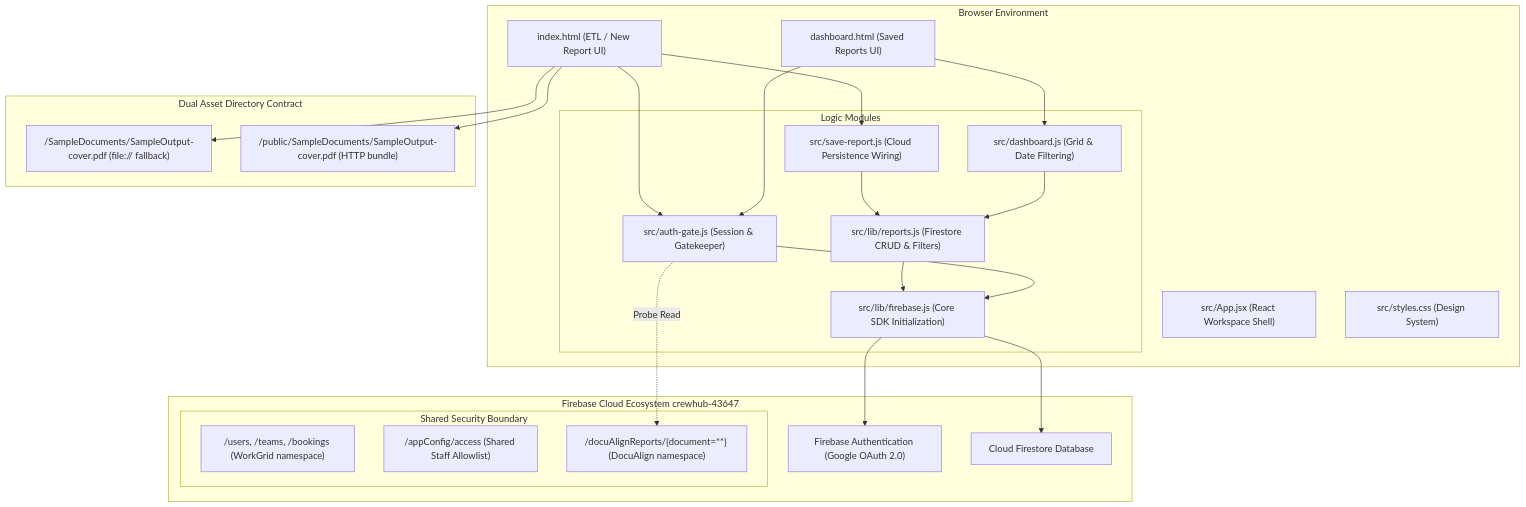
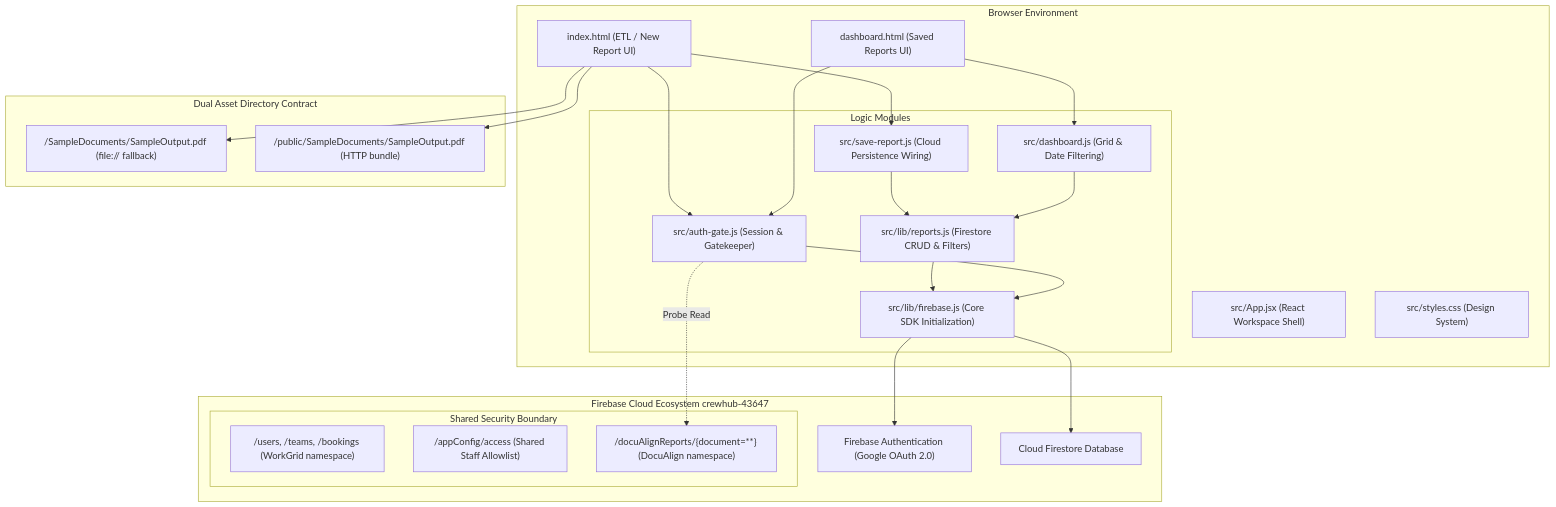
The first of 4 diagrams in design.md (Yanguangchen/DocuAlign), drawn with Mermaid before and after one commit. The commit also changed other lines of this file and 3 other files, not shown here.

````diff
--- a/design.md
+++ b/design.md
@@ -26,49 +26,49 @@
 ```mermaid
 graph TD
     subgraph Client [Browser Environment]
         IndexPage["index.html (ETL / New Report UI)"]
         DashboardPage["dashboard.html (Saved Reports UI)"]
         AppShell["src/App.jsx (React Workspace Shell)"]
         Styles["src/styles.css (Design System)"]
         
         subgraph Logic Modules
             AuthGate["src/auth-gate.js (Session & Gatekeeper)"]
             SaveReport["src/save-report.js (Cloud Persistence Wiring)"]
             DashboardLogic["src/dashboard.js (Grid & Date Filtering)"]
             ReportsLib["src/lib/reports.js (Firestore CRUD & Filters)"]
             FirebaseLib["src/lib/firebase.js (Core SDK Initialization)"]
         end
     end
 
     subgraph StaticAssets [Dual Asset Directory Contract]
-        RootSample["/SampleDocuments/SampleOutput-cover.pdf (file:// fallback)"]
-        PublicSample["/public/SampleDocuments/SampleOutput-cover.pdf (HTTP bundle)"]
+        RootSample["/SampleDocuments/SampleOutput.pdf (file:// fallback)"]
+        PublicSample["/public/SampleDocuments/SampleOutput.pdf (HTTP bundle)"]
     end
 
     subgraph FirebaseCloud [Firebase Cloud Ecosystem crewhub-43647]
         FirebaseAuth["Firebase Authentication (Google OAuth 2.0)"]
         FirestoreDB["Cloud Firestore Database"]
         
         subgraph SharedRules [Shared Security Boundary]
             WorkGridNS["/users, /teams, /bookings (WorkGrid namespace)"]
             CubeSyncNS["/appConfig/access (Shared Staff Allowlist)"]
             DocuAlignNS["/docuAlignReports/{document=**} (DocuAlign namespace)"]
         end
     end
 
     IndexPage --> AuthGate
     IndexPage --> SaveReport
     DashboardPage --> AuthGate
     DashboardPage --> DashboardLogic
     SaveReport --> ReportsLib
     DashboardLogic --> ReportsLib
     ReportsLib --> FirebaseLib
     AuthGate --> FirebaseLib
 
     IndexPage --> RootSample
     IndexPage --> PublicSample
 
     FirebaseLib --> FirebaseAuth
     FirebaseLib --> FirestoreDB
     AuthGate -. Probe Read .-> DocuAlignNS
 ```
````
